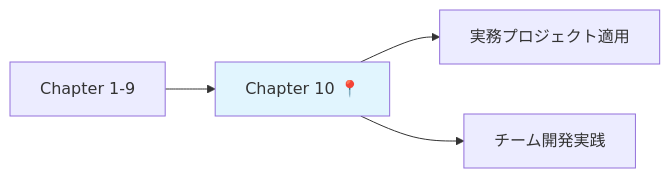
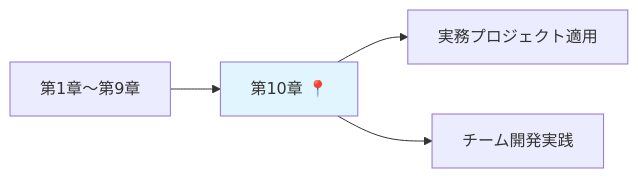
One commit to itdojp/supabase-architecture-patterns-book changed the diagram in docs/chapters/chapter10/index.md. Above: the diagram before and after it, drawn with Mermaid. The commit also changed other lines of this file and 35 other files, not shown here.

````diff
--- a/docs/chapters/chapter10/index.md
+++ b/docs/chapters/chapter10/index.md
@@ -1846,8 +1846,8 @@
 ```mermaid
 flowchart LR
-    A[Chapter 1-9] --> B[Chapter 10 📍]
+    A[第1章〜第9章] --> B[第10章 📍]
     B --> C[実務プロジェクト適用]
     B --> D[チーム開発実践]
     
     style B fill:#e1f5fe
 ```
````
